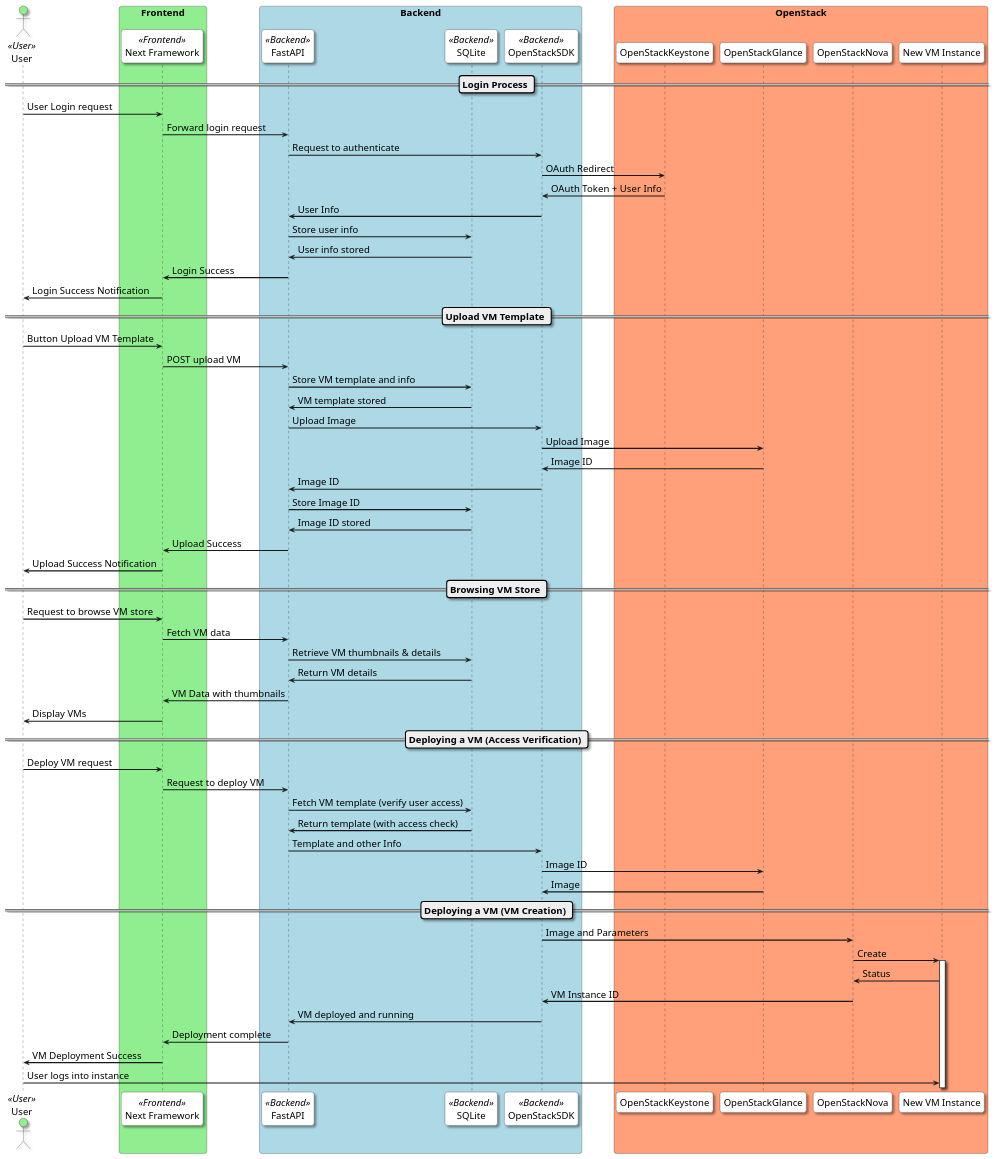
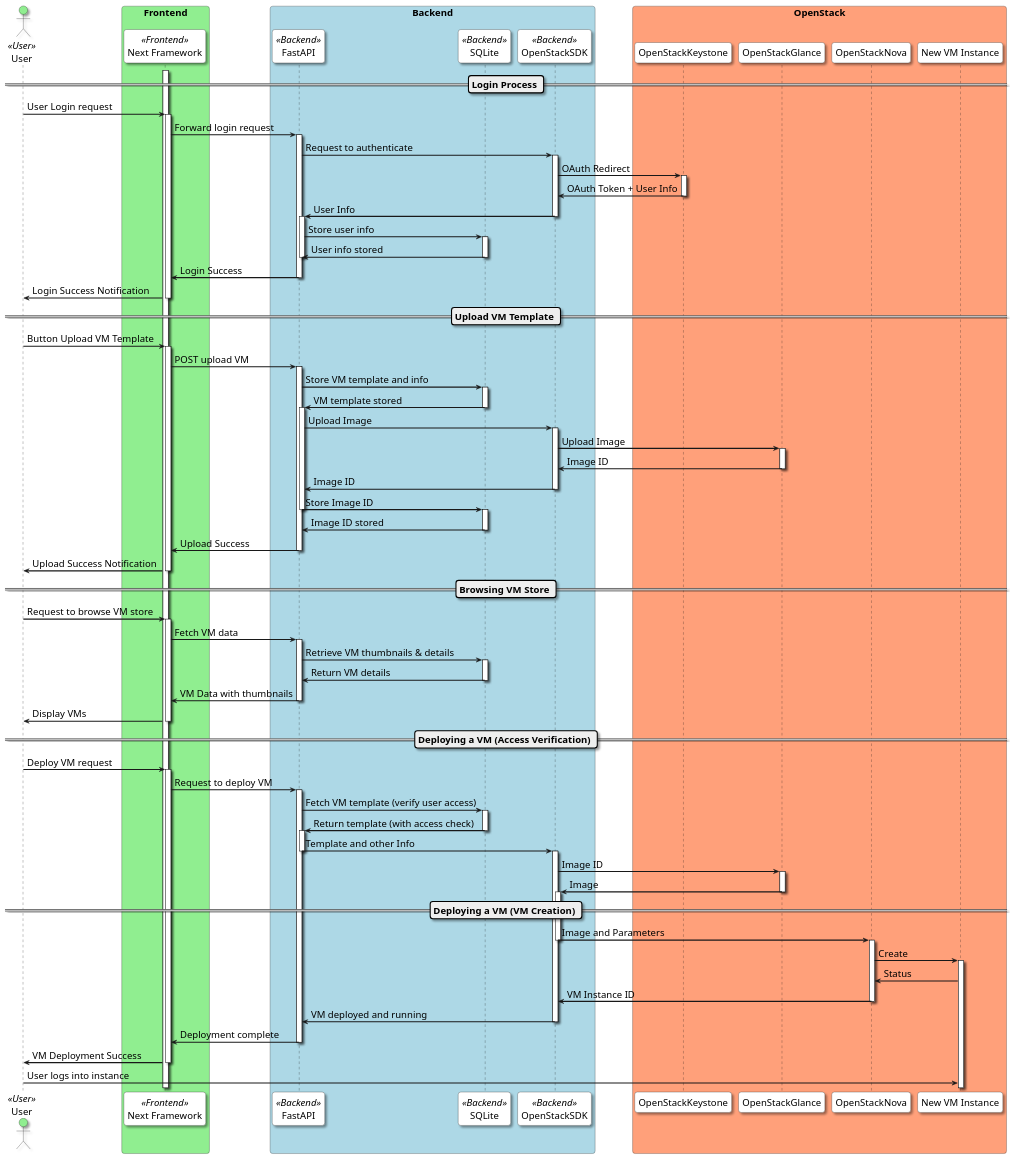
One commit to schniti269/Projektkonzeption changed the diagram in Sequence.plantuml. Above: the diagram before and after it, drawn with PlantUML.

```diff
--- a/Sequence.plantuml
+++ b/Sequence.plantuml
@@ -1,103 +1,148 @@
 @startuml
 skinparam backgroundColor #FFFFFF
 skinparam shadowing true
 skinparam roundcorner 10
 skinparam defaultFontSize 18
 skinparam ArrowThickness 2
 
 skinparam actor {
     BackgroundColor<<User>> #LightGreen
     BorderColor<<User>> Black
 }
 
 skinparam participant {
     BackgroundColor #FFFFFF
     BorderColor #000000
     FontColor Black
     ArrowColor Black
 }
 
 actor User as U <<User>>
 participant "Next Framework" as NextFramework <<Frontend>>
 participant FastAPI as FastAPI <<Backend>>
 participant SQLite as SQLite <<Backend>>
 participant OpenStackSDK as OpenStackSDK <<Backend>>
 
 box "Frontend" #LightGreen
     participant NextFramework
 end box
 
 box "Backend" #LightBlue
     participant FastAPI
     participant SQLite
     participant OpenStackSDK
 end box
 
 box "OpenStack" #LightSalmon
     participant OpenStackKeystone
     participant OpenStackGlance
     participant OpenStackNova
     participant "New VM Instance" as VMInstance
 end box
 
 == Login Process ==
+activate NextFramework
 U -> NextFramework: User Login request
+activate NextFramework
 NextFramework -> FastAPI: Forward login request
+activate FastAPI
 FastAPI -> OpenStackSDK: Request to authenticate
+activate OpenStackSDK
 OpenStackSDK -> OpenStackKeystone: OAuth Redirect
+activate OpenStackKeystone
 OpenStackKeystone -> OpenStackSDK: OAuth Token + User Info
+deactivate OpenStackKeystone
 OpenStackSDK -> FastAPI: User Info
+deactivate OpenStackSDK
+activate FastAPI
 FastAPI -> SQLite: Store user info
-
+activate SQLite
 SQLite -> FastAPI: User info stored
+deactivate SQLite
+deactivate FastAPI
 FastAPI -> NextFramework: Login Success
+deactivate FastAPI
 NextFramework -> U: Login Success Notification
+deactivate NextFramework
 
 == Upload VM Template ==
 U -> NextFramework: Button Upload VM Template
+activate NextFramework
 NextFramework -> FastAPI: POST upload VM
+activate FastAPI
 FastAPI -> SQLite: Store VM template and info
+activate SQLite
 SQLite -> FastAPI: VM template stored
+deactivate SQLite
+activate FastAPI
 FastAPI -> OpenStackSDK: Upload Image
+activate OpenStackSDK
 OpenStackSDK -> OpenStackGlance: Upload Image
+activate OpenStackGlance
 OpenStackGlance -> OpenStackSDK: Image ID
+deactivate OpenStackGlance
 OpenStackSDK -> FastAPI: Image ID
+deactivate OpenStackSDK
 FastAPI -> SQLite: Store Image ID
+deactivate FastAPI
+activate SQLite
 SQLite -> FastAPI: Image ID stored
+deactivate SQLite
 FastAPI -> NextFramework: Upload Success
+deactivate FastAPI
 NextFramework -> U: Upload Success Notification
-
-
-
+deactivate NextFramework
 
 == Browsing VM Store ==
 U -> NextFramework: Request to browse VM store
+activate NextFramework
 NextFramework -> FastAPI: Fetch VM data
+activate FastAPI
 FastAPI -> SQLite: Retrieve VM thumbnails & details
+activate SQLite
 SQLite -> FastAPI: Return VM details
+deactivate SQLite
 FastAPI -> NextFramework: VM Data with thumbnails
+deactivate FastAPI
 NextFramework -> U: Display VMs
+deactivate NextFramework
+
 
 == Deploying a VM (Access Verification) ==
+
 U -> NextFramework: Deploy VM request
+activate NextFramework
 NextFramework -> FastAPI: Request to deploy VM
+activate FastAPI
 FastAPI -> SQLite: Fetch VM template (verify user access)
+activate SQLite
 SQLite -> FastAPI: Return template (with access check)
+deactivate SQLite
+activate FastAPI
 FastAPI -> OpenStackSDK: Template and other Info
+deactivate FastAPI
+activate OpenStackSDK
 OpenStackSDK -> OpenStackGlance: Image ID
+activate OpenStackGlance
 OpenStackGlance -> OpenStackSDK: Image
-
+deactivate OpenStackGlance
+activate OpenStackSDK
 
 == Deploying a VM (VM Creation) ==
 OpenStackSDK -> OpenStackNova: Image and Parameters
+deactivate OpenStackSDK
+activate OpenStackNova
 OpenStackNova -> VMInstance: Create
 activate VMInstance
 VMInstance -> OpenStackNova: Status
 OpenStackNova -> OpenStackSDK: VM Instance ID
+deactivate OpenStackNova
 OpenStackSDK -> FastAPI: VM deployed and running
+deactivate OpenStackSDK
 FastAPI -> NextFramework: Deployment complete
+deactivate FastAPI
 NextFramework -> U: VM Deployment Success
+deactivate NextFramework
 
 U -> VMInstance: User logs into instance
-
 @enduml
```
